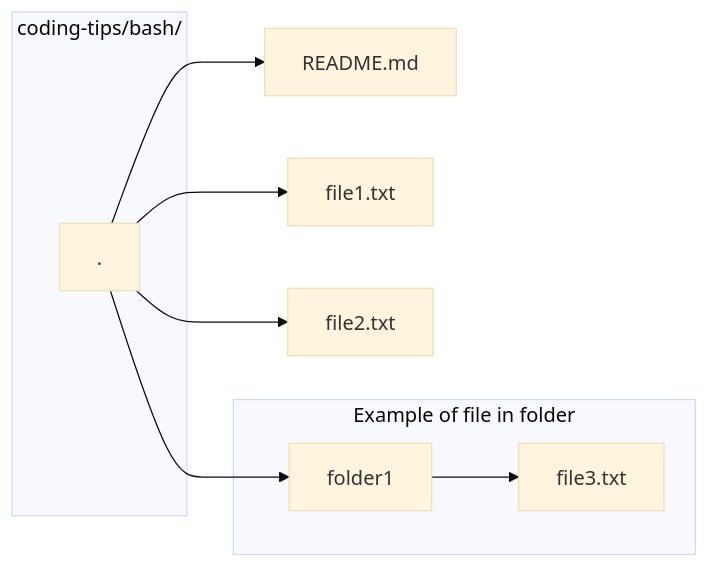
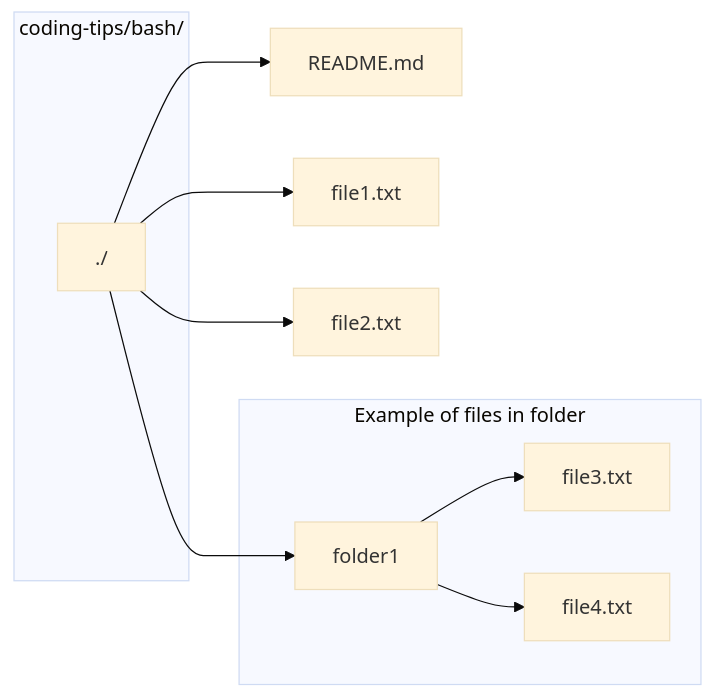
One commit to suasuasuasuasua/cs-tips changed the diagram in bash/README.md. Above: the diagram before and after it, drawn with Mermaid (base theme). The commit also changed other lines of this file and 1 other file, not shown here.

Commit message:
Updated chart with another file and `ls` section Moved oh my bash to the top

````diff
--- a/bash/README.md
+++ b/bash/README.md
@@ -16,14 +19,14 @@
 ```mermaid
-graph LR
-
-  subgraph 1g[ coding-tips/bash/ ]
-    root[.]
+flowchart LR
+  subgraph rootG[ coding-tips/bash/ ]
+    root[./ ]
   end
   root --> 1[README.md]
   root --> 2[file1.txt]
   root --> 3[file2.txt]
   root --> 4[folder1]
-  subgraph 4g[Example of file in folder]
+  subgraph 4g[Example of files in folder]
     4 --> 41[file3.txt]
+    4 --> 42[file4.txt]
   end
 ```
````
